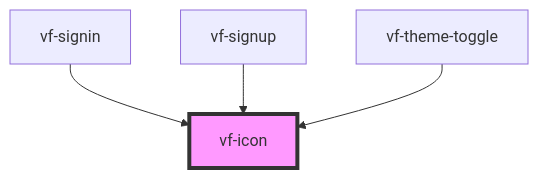
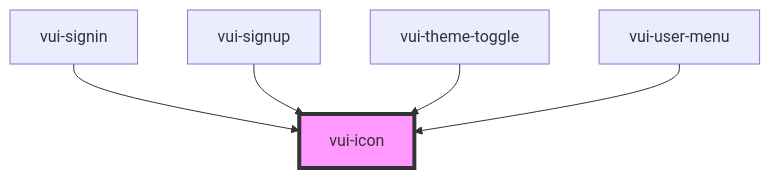
The diagram in packages/stencil-library/src/components/icon/readme.md (verite-team/verite-elements), drawn with Mermaid before and after one commit. The commit also changed other lines of this file and 116 other files, not shown here.

````diff
--- a/packages/stencil-library/src/components/icon/readme.md
+++ b/packages/stencil-library/src/components/icon/readme.md
@@ -26,7 +25,8 @@
 ```mermaid
 graph TD;
-  vf-signin --> vf-icon
-  vf-signup --> vf-icon
-  vf-theme-toggle --> vf-icon
-  style vf-icon fill:#f9f,stroke:#333,stroke-width:4px
+  vui-signin --> vui-icon
+  vui-signup --> vui-icon
+  vui-theme-toggle --> vui-icon
+  vui-user-menu --> vui-icon
+  style vui-icon fill:#f9f,stroke:#333,stroke-width:4px
 ```
````
